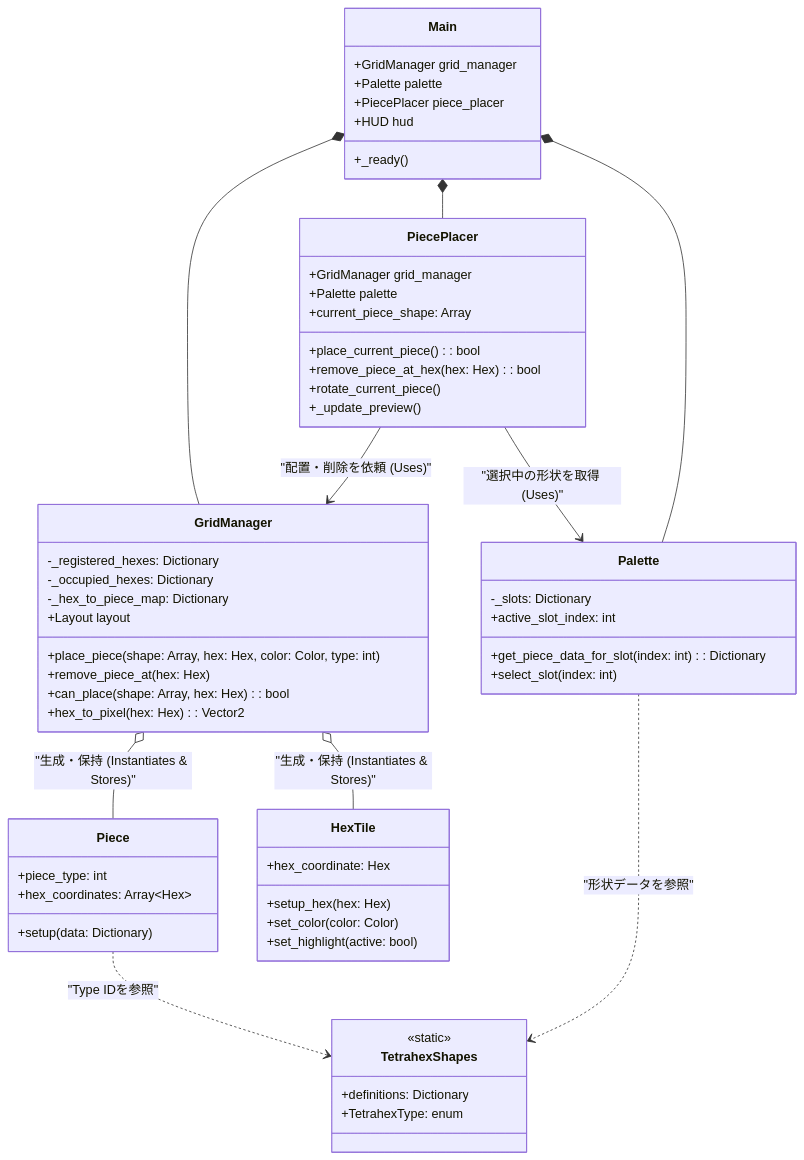
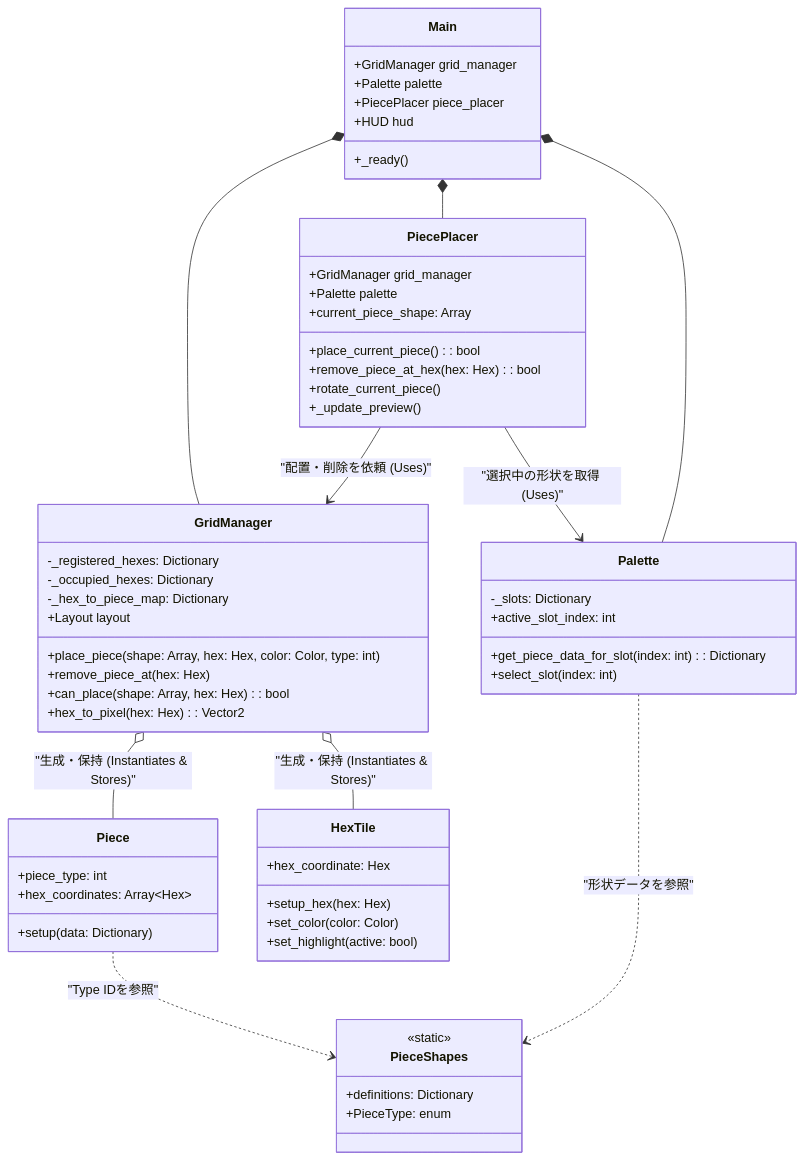
One commit to shuhei0916/hex-world changed the diagram in docs/class_diagram.md. Above: the diagram before and after it, drawn with Mermaid. The commit also changed other lines of this file and 14 other files, not shown here.

First line of the commit message:
refactor: Rename TetrahexShapes to PieceShapes and improve tests

````diff
--- a/docs/class_diagram.md
+++ b/docs/class_diagram.md
@@ -5,77 +5,77 @@
 ```mermaid
 classDiagram
     %% --- Core Components ---
     class Main {
         +GridManager grid_manager
         +Palette palette
         +PiecePlacer piece_placer
         +HUD hud
         +_ready()
     }
 
     class GridManager {
         -_registered_hexes: Dictionary
         -_occupied_hexes: Dictionary
         -_hex_to_piece_map: Dictionary
         +Layout layout
         +place_piece(shape: Array, hex: Hex, color: Color, type: int)
         +remove_piece_at(hex: Hex)
         +can_place(shape: Array, hex: Hex) : bool
         +hex_to_pixel(hex: Hex) : Vector2
     }
 
     class PiecePlacer {
         +GridManager grid_manager
         +Palette palette
         +current_piece_shape: Array
         +place_current_piece() : bool
         +remove_piece_at_hex(hex: Hex) : bool
         +rotate_current_piece()
         +_update_preview()
     }
 
     class Palette {
         -_slots: Dictionary
         +active_slot_index: int
         +get_piece_data_for_slot(index: int) : Dictionary
         +select_slot(index: int)
     }
 
     %% --- Entities & Data ---
     class Piece {
         +piece_type: int
         +hex_coordinates: Array~Hex~
         +setup(data: Dictionary)
     }
 
     class HexTile {
         +hex_coordinate: Hex
         +setup_hex(hex: Hex)
         +set_color(color: Color)
         +set_highlight(active: bool)
     }
     
-    class TetrahexShapes {
+    class PieceShapes {
         <<static>>
         +definitions: Dictionary
-        +TetrahexType: enum
+        +PieceType: enum
     }
 
     %% --- Relationships ---
     %% Composition / Aggregation
     Main *-- GridManager
     Main *-- PiecePlacer
     Main *-- Palette
     
     %% Dependency / Usage
     PiecePlacer --> GridManager : "配置・削除を依頼 (Uses)"
     PiecePlacer --> Palette : "選択中の形状を取得 (Uses)"
     
     %% Management
     GridManager o-- Piece : "生成・保持 (Instantiates & Stores)"
     GridManager o-- HexTile : "生成・保持 (Instantiates & Stores)"
     
     %% Type Reference
-    Piece ..> TetrahexShapes : "Type IDを参照"
-    Palette ..> TetrahexShapes : "形状データを参照"
+    Piece ..> PieceShapes : "Type IDを参照"
+    Palette ..> PieceShapes : "形状データを参照"
 ```
````
